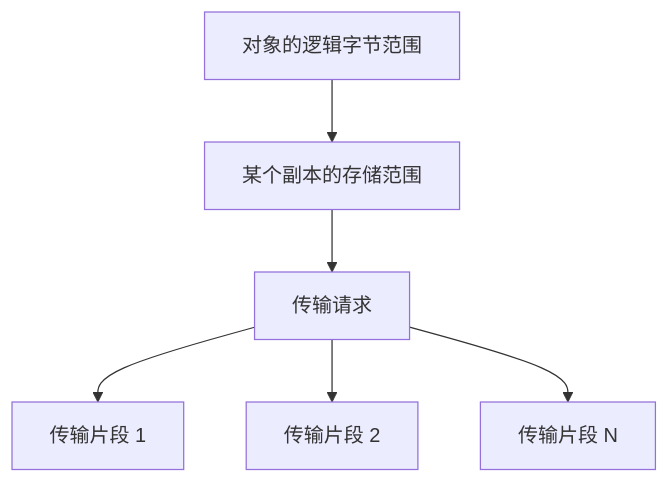
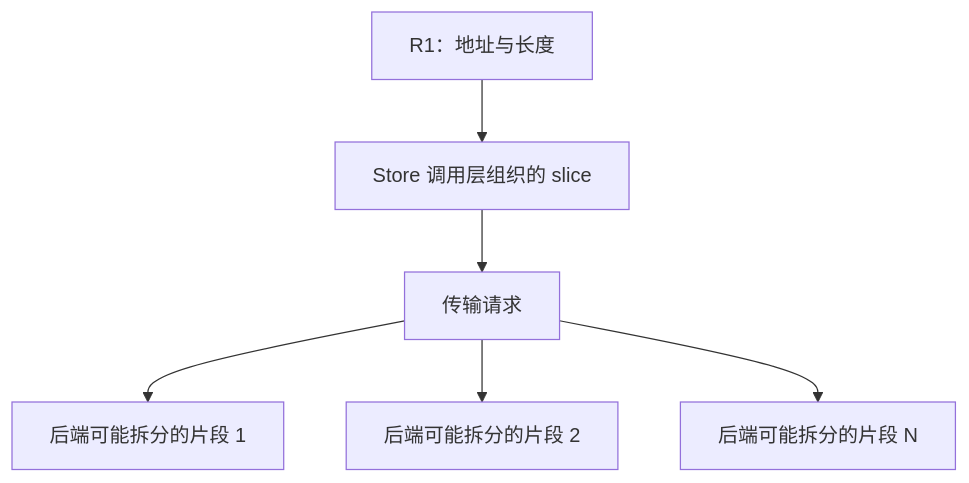
The second of 2 diagrams in mooncake-kv-cache-series/wechat/02-objects-and-replicas.md (Hansyangxingxiang/Mooncake), drawn with Mermaid before and after one commit. The commit also changed other lines of this file and 28 other files, not shown here.

````diff
--- a/mooncake-kv-cache-series/wechat/02-objects-and-replicas.md
+++ b/mooncake-kv-cache-series/wechat/02-objects-and-replicas.md
@@ -61,8 +72,8 @@
 ```mermaid
 flowchart TB
-    O["对象的逻辑字节范围"] --> R["某个副本的存储范围"]
-    R --> Q["传输请求"]
-    Q --> S1["传输片段 1"]
-    Q --> S2["传输片段 2"]
-    Q --> S3["传输片段 N"]
+    R1["R1：地址与长度"] --> S["Store 调用层组织的 slice"]
+    S --> T["传输请求"]
+    T --> P1["后端可能拆分的片段 1"]
+    T --> P2["后端可能拆分的片段 2"]
+    T --> P3["后端可能拆分的片段 N"]
 ```
````
